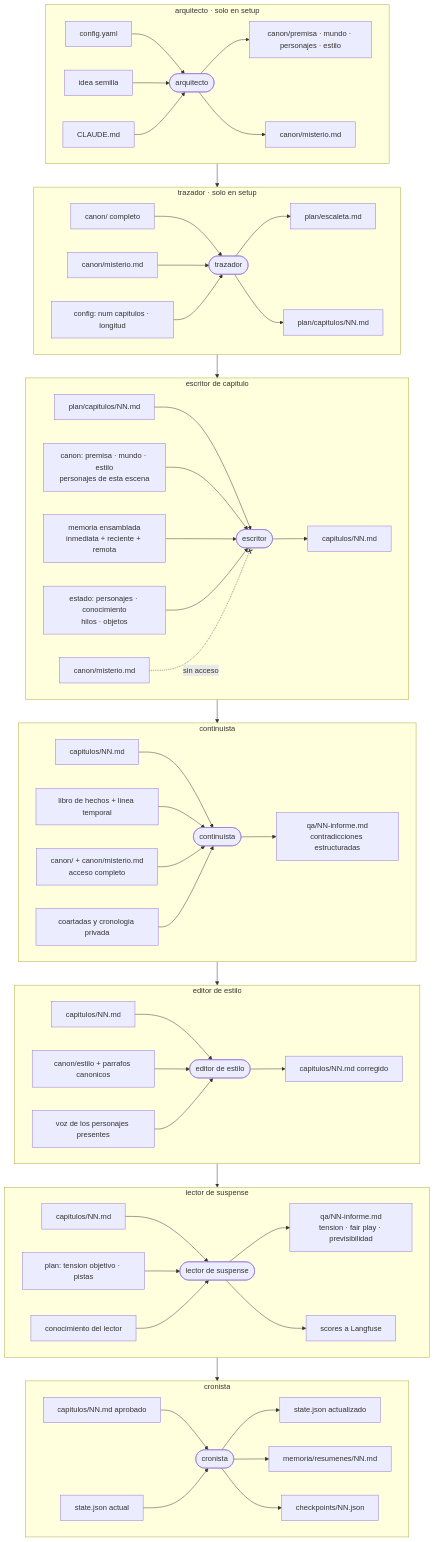
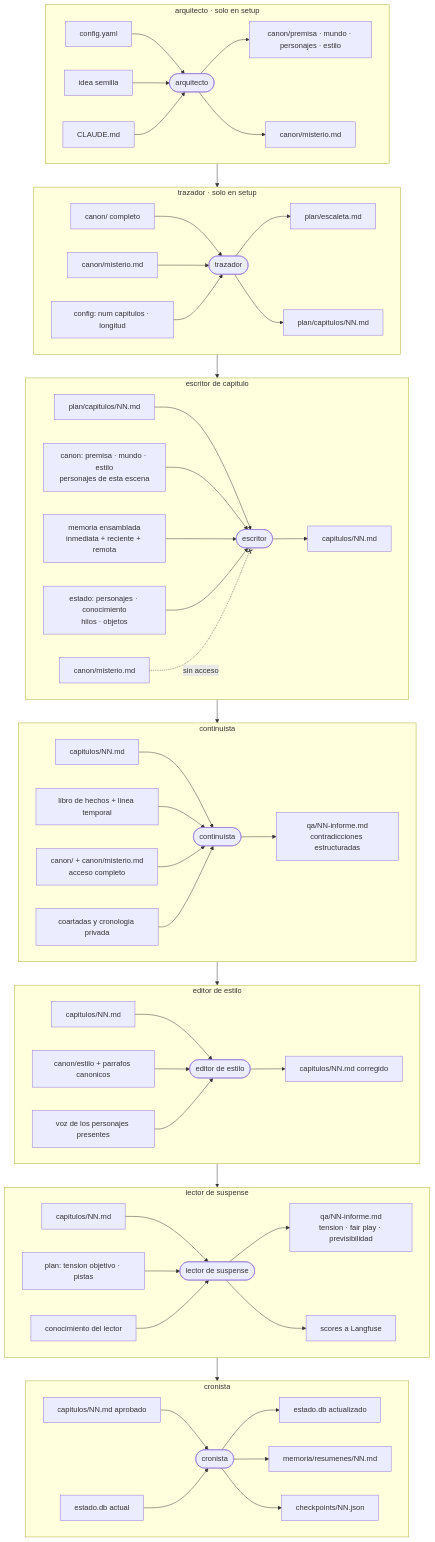
The fifth of 6 diagrams in docs/domain-knowledge.md (4rtuz/story-maker), drawn with Mermaid before and after one commit. The commit also changed other lines of this file and 5 other files, not shown here.

````diff
--- a/docs/domain-knowledge.md
+++ b/docs/domain-knowledge.md
@@ -273,67 +273,67 @@
 ```mermaid
 flowchart TB
     subgraph R1["arquitecto · solo en setup"]
         direction LR
         i1["config.yaml"] --> a1(["arquitecto"])
         i2["idea semilla"] --> a1
         i3["CLAUDE.md"] --> a1
         a1 --> o1["canon/premisa · mundo · personajes · estilo"]
         a1 --> o2["canon/misterio.md"]
     end
 
     subgraph R2["trazador · solo en setup"]
         direction LR
         i4["canon/ completo"] --> a2(["trazador"])
         i5["canon/misterio.md"] --> a2
         i6["config: num capitulos · longitud"] --> a2
         a2 --> o3["plan/escaleta.md"]
         a2 --> o4["plan/capitulos/NN.md"]
     end
 
     subgraph R3["escritor de capitulo"]
         direction LR
         i7["plan/capitulos/NN.md"] --> a3(["escritor"])
         i8["canon: premisa · mundo · estilo<br/>personajes de esta escena"] --> a3
         i9["memoria ensamblada<br/>inmediata + reciente + remota"] --> a3
         i10["estado: personajes · conocimiento<br/>hilos · objetos"] --> a3
         i11["canon/misterio.md"] -. "sin acceso" .-x a3
         a3 --> o5["capitulos/NN.md"]
     end
 
     subgraph R4["continuista"]
         direction LR
         i12["capitulos/NN.md"] --> a4(["continuista"])
         i13["libro de hechos + linea temporal"] --> a4
         i14["canon/ + canon/misterio.md<br/>acceso completo"] --> a4
         i15["coartadas y cronologia privada"] --> a4
         a4 --> o6["qa/NN-informe.md<br/>contradicciones estructuradas"]
     end
 
     subgraph R5["editor de estilo"]
         direction LR
         i16["capitulos/NN.md"] --> a5(["editor de estilo"])
         i17["canon/estilo + parrafos canonicos"] --> a5
         i18["voz de los personajes presentes"] --> a5
         a5 --> o7["capitulos/NN.md corregido"]
     end
 
     subgraph R6["lector de suspense"]
         direction LR
         i19["capitulos/NN.md"] --> a6(["lector de suspense"])
         i20["plan: tension objetivo · pistas"] --> a6
         i21["conocimiento del lector"] --> a6
         a6 --> o8["qa/NN-informe.md<br/>tension · fair play · previsibilidad"]
         a6 --> o9["scores a Langfuse"]
     end
 
     subgraph R7["cronista"]
         direction LR
         i22["capitulos/NN.md aprobado"] --> a7(["cronista"])
-        i23["state.json actual"] --> a7
-        a7 --> o10["state.json actualizado"]
+        i23["estado.db actual"] --> a7
+        a7 --> o10["estado.db actualizado"]
         a7 --> o11["memoria/resumenes/NN.md"]
         a7 --> o12["checkpoints/NN.json"]
     end
 
     R1 --> R2 --> R3 --> R4 --> R5 --> R6 --> R7
 ```
````
